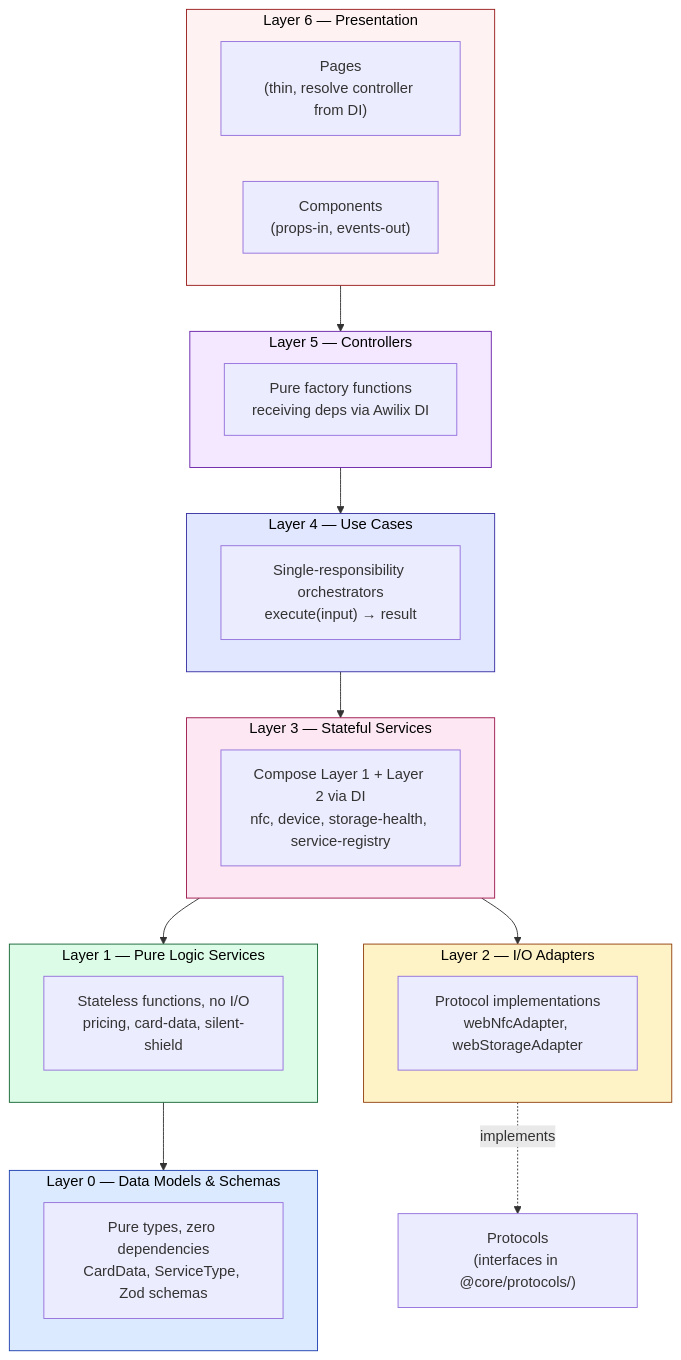
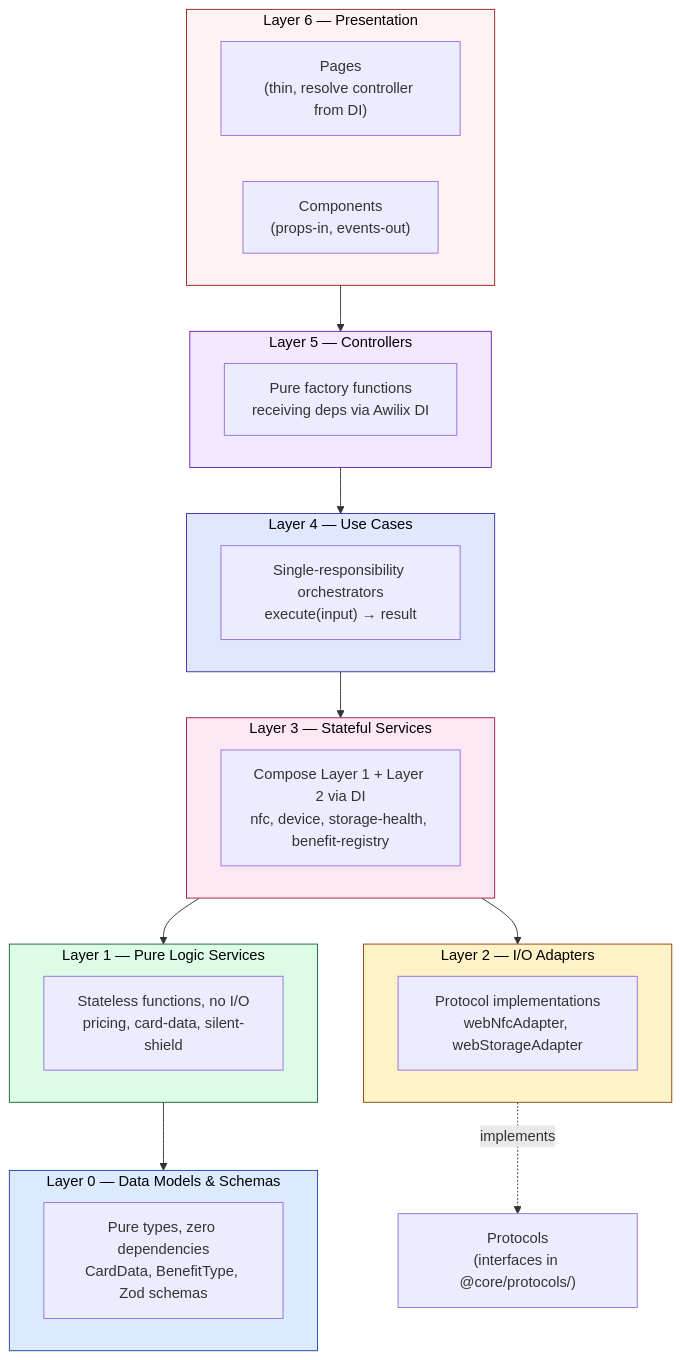
Before and after one commit to widdestoyud/assesment-s1-2026: the first of 2 diagrams in docs/wiki/membership-benefit-card/01-Architecture/Clean-Architecture.md, drawn with Mermaid. The commit also changed other lines of this file and 31 other files, not shown here.

First line of the commit message:
docs(mbc): Update all documentation for ServiceType to BenefitType rename

````diff
--- a/docs/wiki/membership-benefit-card/01-Architecture/Clean-Architecture.md
+++ b/docs/wiki/membership-benefit-card/01-Architecture/Clean-Architecture.md
@@ -11,49 +11,49 @@
 ```mermaid
 graph TB
     subgraph L6["Layer 6 — Presentation"]
         Pages["Pages<br/>(thin, resolve controller from DI)"]
         Components["Components<br/>(props-in, events-out)"]
     end
 
     subgraph L5["Layer 5 — Controllers"]
         Controllers["Pure factory functions<br/>receiving deps via Awilix DI"]
     end
 
     subgraph L4["Layer 4 — Use Cases"]
         UC["Single-responsibility orchestrators<br/>execute(input) → result"]
     end
 
     subgraph L3["Layer 3 — Stateful Services"]
-        SS["Compose Layer 1 + Layer 2 via DI<br/>nfc, device, storage-health, service-registry"]
+        SS["Compose Layer 1 + Layer 2 via DI<br/>nfc, device, storage-health, benefit-registry"]
     end
 
     subgraph L2["Layer 2 — I/O Adapters"]
         IO["Protocol implementations<br/>webNfcAdapter, webStorageAdapter"]
     end
 
     subgraph L1["Layer 1 — Pure Logic Services"]
         PL["Stateless functions, no I/O<br/>pricing, card-data, silent-shield"]
     end
 
     subgraph L0["Layer 0 — Data Models & Schemas"]
-        DM["Pure types, zero dependencies<br/>CardData, ServiceType, Zod schemas"]
+        DM["Pure types, zero dependencies<br/>CardData, BenefitType, Zod schemas"]
     end
 
     L6 --> L5
     L5 --> L4
     L4 --> L3
     L3 --> L1
     L3 --> L2
     L2 -.->|implements| Protocols
     L1 --> L0
 
     Protocols["Protocols<br/>(interfaces in @core/protocols/)"]
 
     style L0 fill:#dbeafe,stroke:#1e40af,color:#000
     style L1 fill:#dcfce7,stroke:#166534,color:#000
     style L2 fill:#fef3c7,stroke:#92400e,color:#000
     style L3 fill:#fce7f3,stroke:#9d174d,color:#000
     style L4 fill:#e0e7ff,stroke:#3730a3,color:#000
     style L5 fill:#f3e8ff,stroke:#6b21a8,color:#000
     style L6 fill:#fef2f2,stroke:#991b1b,color:#000
 ```
````
